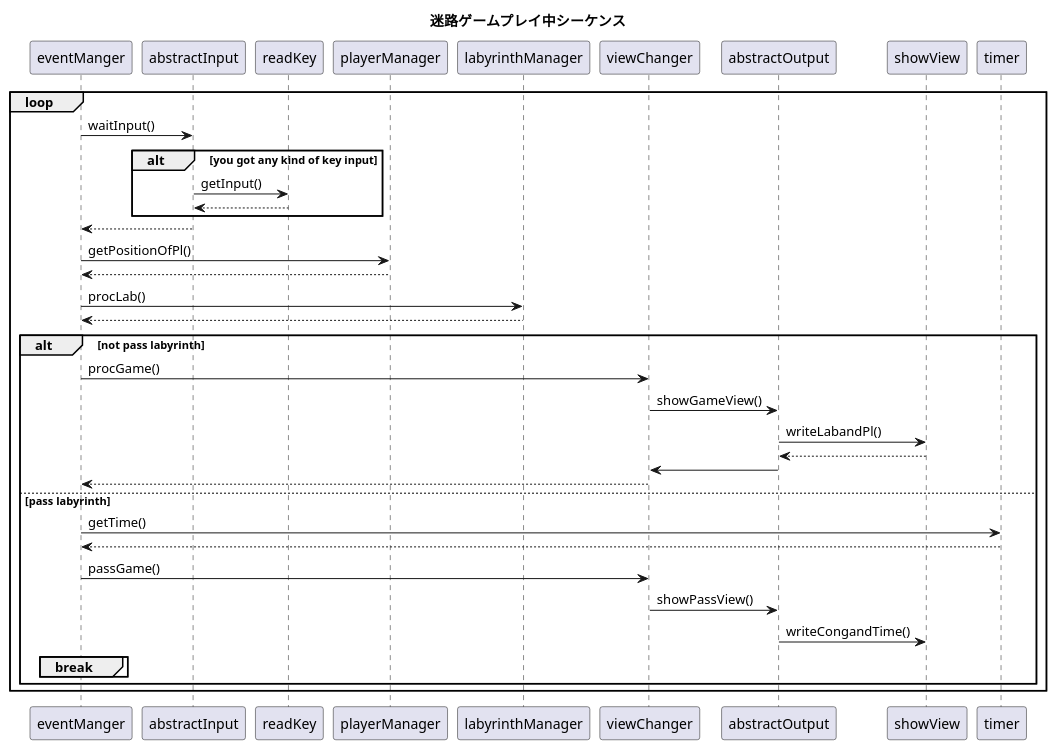
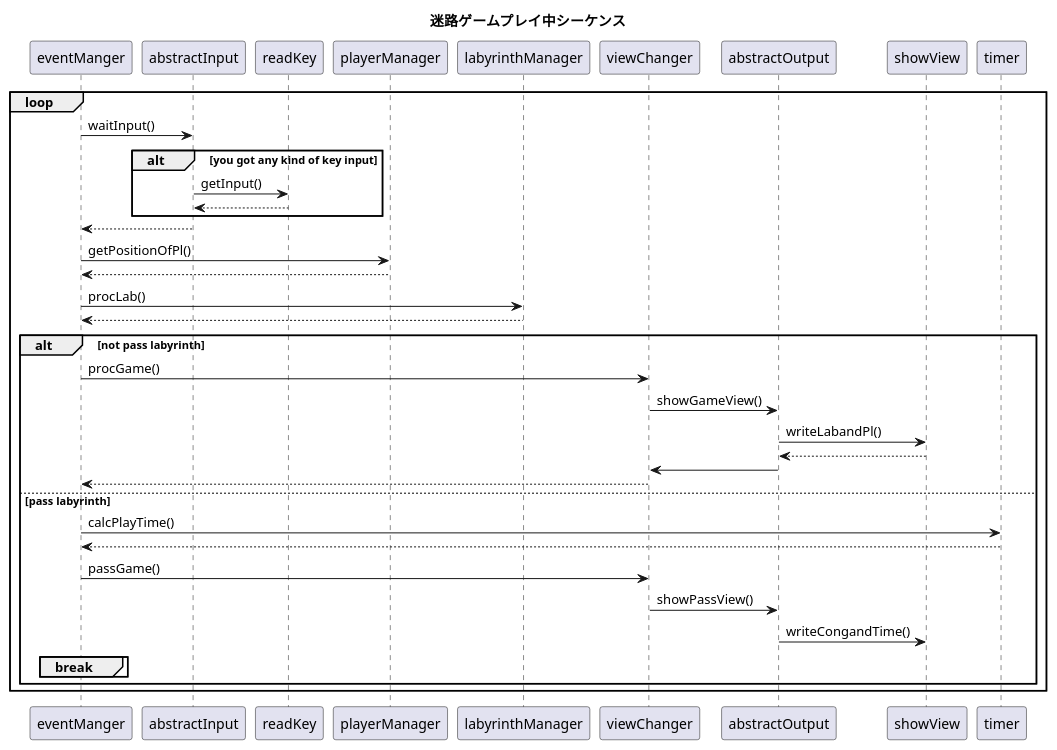
Before and after one commit to horiyoshihiro/LabyrinthGame: the diagram in S_playGame.pu, drawn with PlantUML. The commit also changed 3 other files, not shown here.

Commit message:
アクティビティ図の追加と一部関数名の修正@コメダ

```diff
--- a/S_playGame.pu
+++ b/S_playGame.pu
@@ -1,37 +1,37 @@
 @startuml
 
 title 迷路ゲームプレイ中シーケンス
 
 loop
     eventManger -> abstractInput : waitInput()
     alt you got any kind of key input
         abstractInput -> readKey : getInput()
         readKey --> abstractInput
     end
     abstractInput --> eventManger
 
     eventManger -> playerManager : getPositionOfPl()
     playerManager --> eventManger
 
     eventManger -> labyrinthManager : procLab()
     labyrinthManager --> eventManger
 
     alt not pass labyrinth
         eventManger -> viewChanger : procGame()
             viewChanger -> abstractOutput : showGameView()
                 abstractOutput -> showView : writeLabandPl()
                 showView --> abstractOutput
             abstractOutput -> viewChanger
         viewChanger --> eventManger
     else pass labyrinth
-        eventManger -> timer : getTime()
+        eventManger -> timer : calcPlayTime()
         timer --> eventManger 
         eventManger -> viewChanger : passGame()
             viewChanger -> abstractOutput : showPassView()
                 abstractOutput -> showView : writeCongandTime()
         break
         end
     end
 end
 
 @enduml
```
